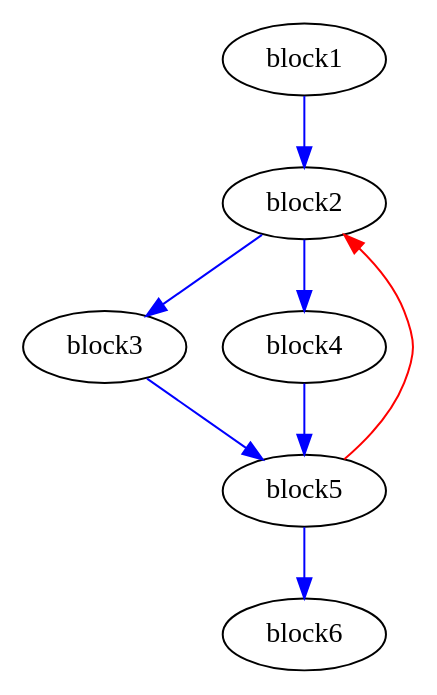
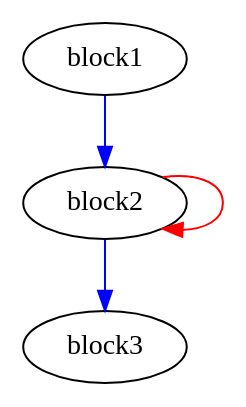
The diagram in Regression_test/examples/fir/reports/fir_bbgraph.dot (radigianluca/tagged-token-delivery), drawn with Graphviz before and after one commit. The commit also changed 68 other files, not shown here.

```diff
--- a/Regression_test/examples/fir/reports/fir_bbgraph.dot
+++ b/Regression_test/examples/fir/reports/fir_bbgraph.dot
@@ -1,17 +1,10 @@
 Digraph G {
 	splines=spline;
 //DHLS version: 0.1.1" [shape = "none" pos = "20,20!"]
 		"block1";
 		"block2";
 		"block3";
-		"block4";
-		"block5";
-		"block6";
-		"block1" -> "block2" [color = "blue", freq = 10];
-		"block2" -> "block3" [color = "blue", freq = 75];
-		"block2" -> "block4" [color = "blue", freq = 5];
-		"block3" -> "block5" [color = "blue", freq = 75];
-		"block4" -> "block5" [color = "blue", freq = 5];
-		"block5" -> "block2" [color = "red", freq = 70];
-		"block5" -> "block6" [color = "blue", freq = 10];
+		"block1" -> "block2" [color = "blue", freq = 1];
+		"block2" -> "block2" [color = "red", freq = 2];
+		"block2" -> "block3" [color = "blue", freq = 1];
 }
```
